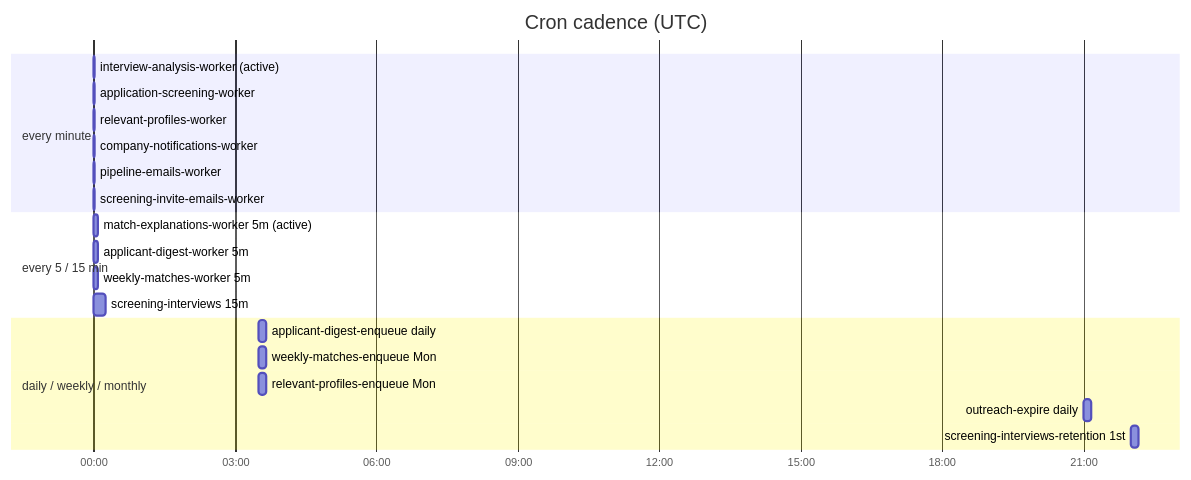
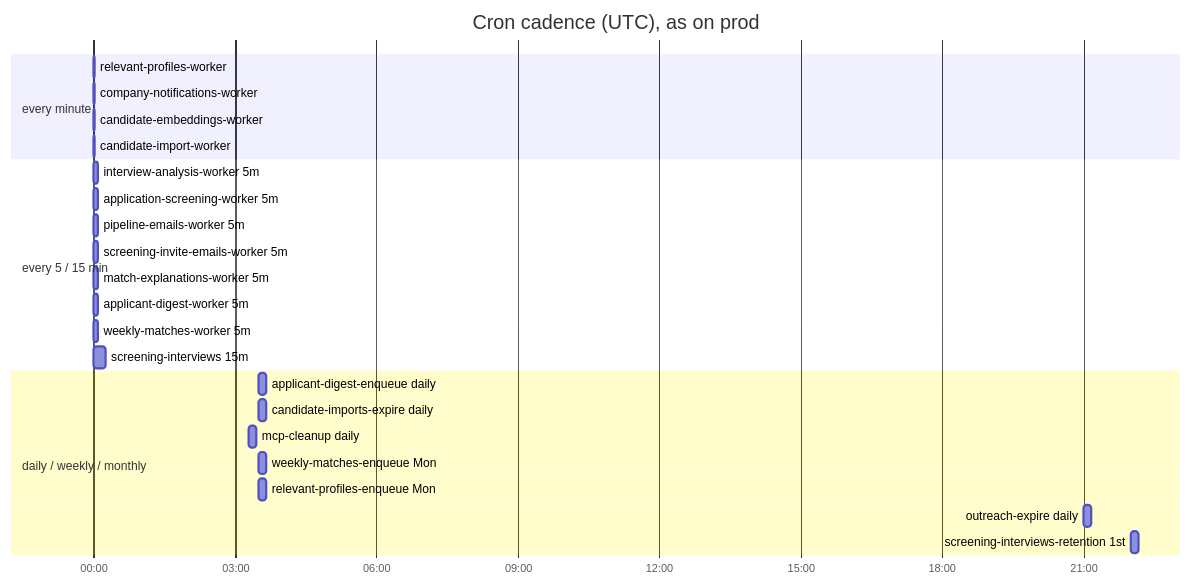
Before and after one commit to kVarunkk/GetHired: the second of 3 diagrams in docs/app-flows/04-background-jobs.md, drawn with Mermaid. The commit also changed other lines of this file, not shown here.

Commit message:
docs(app-flows): correct who calls the background job routes

````diff
--- a/docs/app-flows/04-background-jobs.md
+++ b/docs/app-flows/04-background-jobs.md
@@ -54,24 +56,28 @@
 ```mermaid
 gantt
-  title Cron cadence (UTC)
+  title Cron cadence (UTC), as on prod
   dateFormat HH:mm
   axisFormat %H:%M
   section every minute
-  interview-analysis-worker (active)       :a1, 00:00, 1m
-  application-screening-worker             :a2, 00:00, 1m
   relevant-profiles-worker                 :a3, 00:00, 1m
   company-notifications-worker             :a4, 00:00, 1m
-  pipeline-emails-worker                   :a5, 00:00, 1m
-  screening-invite-emails-worker           :a6, 00:00, 1m
+  candidate-embeddings-worker              :a7, 00:00, 1m
+  candidate-import-worker                  :a8, 00:00, 1m
   section every 5 / 15 min
-  match-explanations-worker 5m (active)    :b1, 00:00, 5m
+  interview-analysis-worker 5m             :a1, 00:00, 5m
+  application-screening-worker 5m          :a2, 00:00, 5m
+  pipeline-emails-worker 5m                :a5, 00:00, 5m
+  screening-invite-emails-worker 5m        :a6, 00:00, 5m
+  match-explanations-worker 5m             :b1, 00:00, 5m
   applicant-digest-worker 5m               :b2, 00:00, 5m
   weekly-matches-worker 5m                 :b3, 00:00, 5m
   screening-interviews 15m                 :b4, 00:00, 15m
   section daily / weekly / monthly
   applicant-digest-enqueue daily           :c1, 03:30, 10m
+  candidate-imports-expire daily           :c6, 03:30, 10m
+  mcp-cleanup daily                        :c7, 03:17, 10m
   weekly-matches-enqueue Mon               :c2, 03:30, 10m
   relevant-profiles-enqueue Mon            :c3, 03:30, 10m
   outreach-expire daily                    :c4, 21:00, 10m
   screening-interviews-retention 1st       :c5, 22:00, 10m
 ```
````
